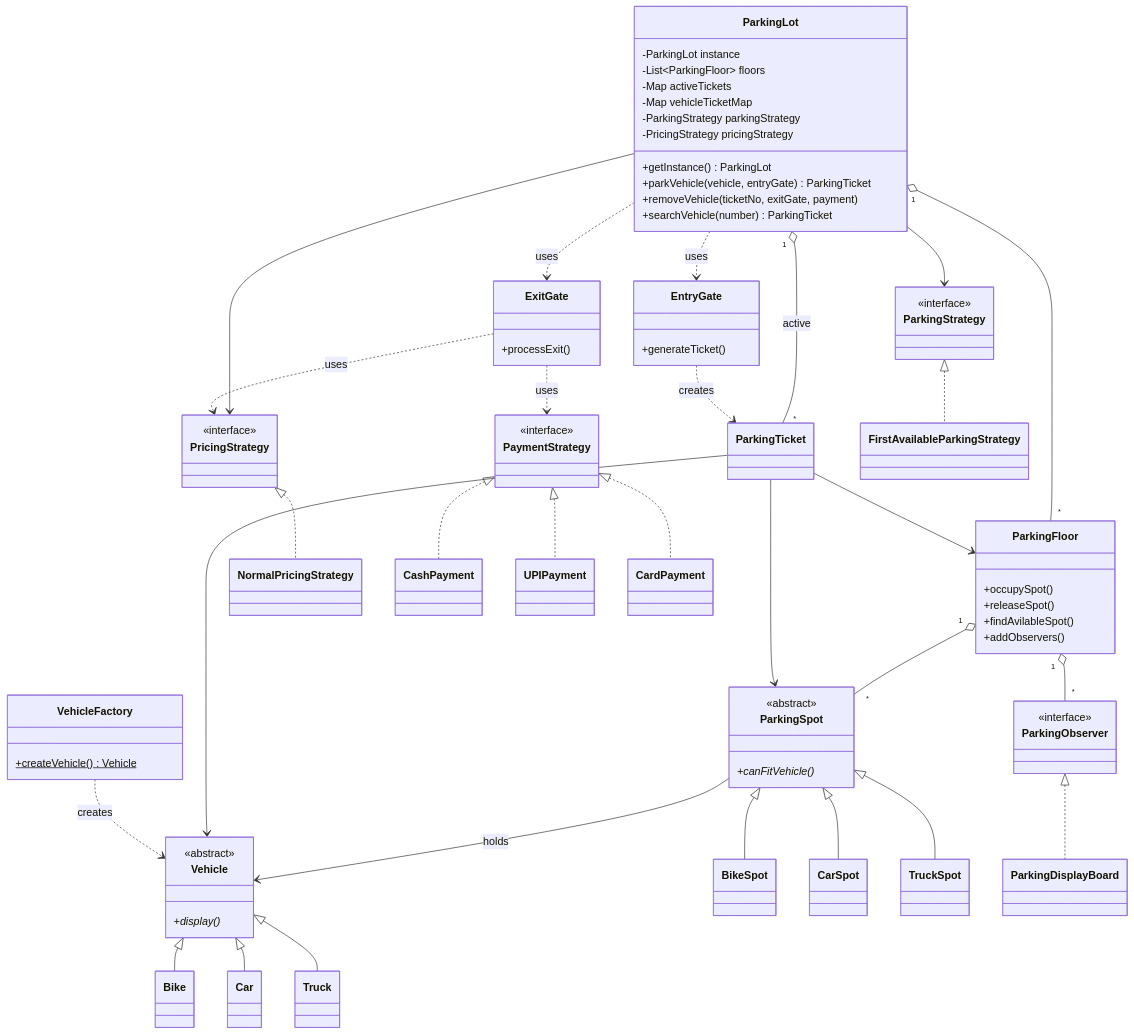
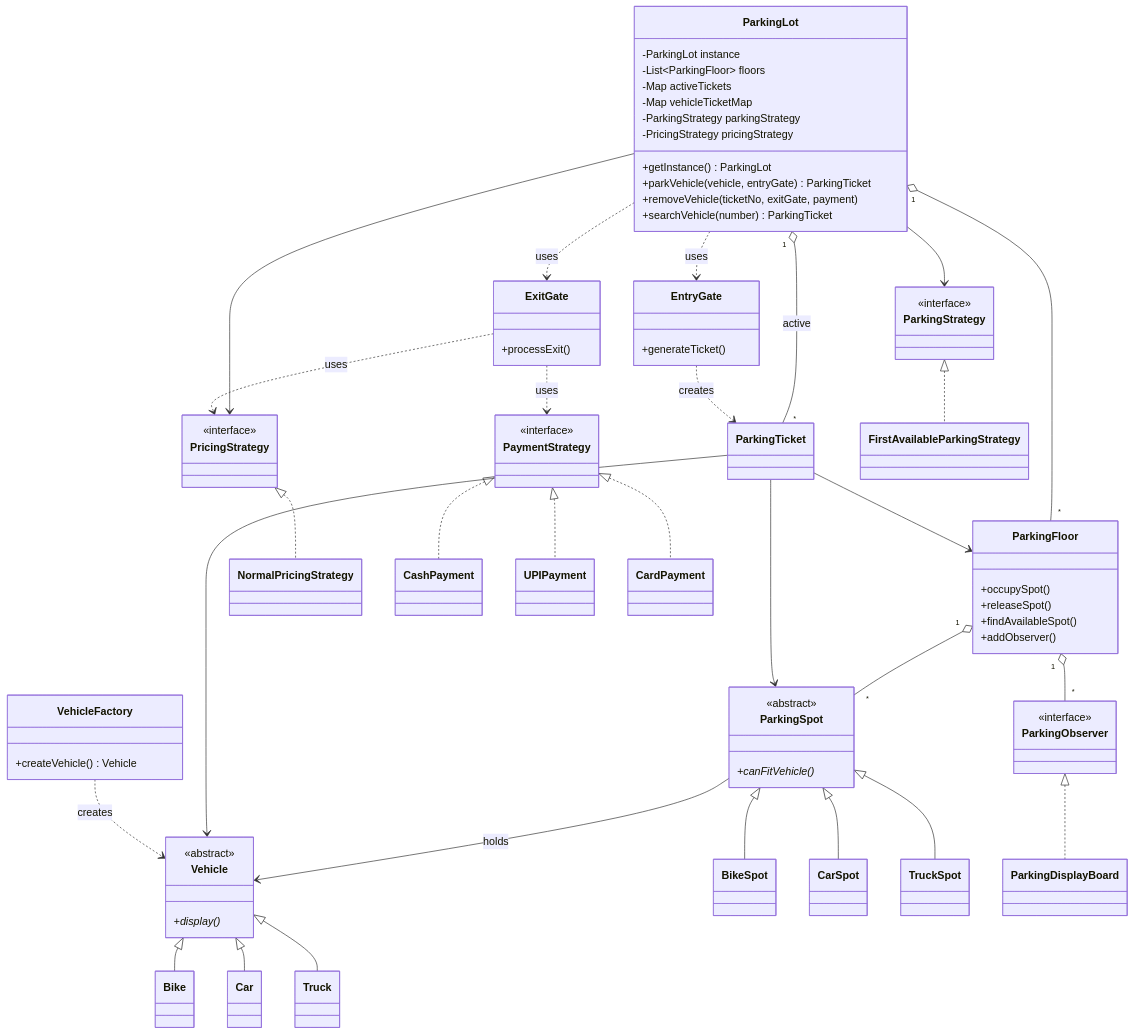
Before and after one commit to SanketHajare44/park-engine: the second of 2 diagrams in README.md, drawn with Mermaid. The commit also changed other lines of this file, not shown here.

````diff
--- a/README.md
+++ b/README.md
@@ -124,5 +296,6 @@
 ```mermaid
 classDiagram
+
     class ParkingLot {
         -ParkingLot instance
         -List~ParkingFloor~ floors
@@ -135,34 +308,53 @@
         +removeVehicle(ticketNo, exitGate, payment)
         +searchVehicle(number) ParkingTicket
     }
+
     class ParkingFloor {
         +occupySpot()
         +releaseSpot()
-        +findAvilableSpot()
-        +addObservers()
+        +findAvailableSpot()
+        +addObserver()
     }
+
     class ParkingSpot {
         <<abstract>>
         +canFitVehicle()*
     }
+
     class Vehicle {
         <<abstract>>
         +display()*
     }
+
     class ParkingTicket
+
     class EntryGate {
         +generateTicket()
     }
+
     class ExitGate {
         +processExit()
     }
+
     class VehicleFactory {
-        +createVehicle()$ Vehicle
+        +createVehicle() Vehicle
     }
-    class ParkingStrategy { <<interface>> }
-    class PricingStrategy { <<interface>> }
-    class PaymentStrategy { <<interface>> }
-    class ParkingObserver { <<interface>> }
+
+    class ParkingStrategy {
+        <<interface>>
+    }
+
+    class PricingStrategy {
+        <<interface>>
+    }
+
+    class PaymentStrategy {
+        <<interface>>
+    }
+
+    class ParkingObserver {
+        <<interface>>
+    }
 
     ParkingLot "1" o-- "*" ParkingFloor
     ParkingLot --> ParkingStrategy
@@ -173,26 +365,33 @@
 
     ParkingFloor "1" o-- "*" ParkingSpot
     ParkingFloor "1" o-- "*" ParkingObserver
+
     ParkingSpot --> Vehicle : holds
 
     EntryGate ..> ParkingTicket : creates
     ExitGate ..> PricingStrategy : uses
     ExitGate ..> PaymentStrategy : uses
+
     ParkingTicket --> Vehicle
     ParkingTicket --> ParkingFloor
     ParkingTicket --> ParkingSpot
+
     VehicleFactory ..> Vehicle : creates
 
     Vehicle <|-- Bike
     Vehicle <|-- Car
     Vehicle <|-- Truck
+
     ParkingSpot <|-- BikeSpot
     ParkingSpot <|-- CarSpot
     ParkingSpot <|-- TruckSpot
+
     ParkingStrategy <|.. FirstAvailableParkingStrategy
     PricingStrategy <|.. NormalPricingStrategy
+
     PaymentStrategy <|.. CashPayment
     PaymentStrategy <|.. UPIPayment
     PaymentStrategy <|.. CardPayment
+
     ParkingObserver <|.. ParkingDisplayBoard
 ```
````
